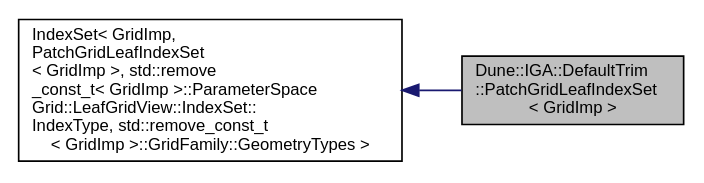
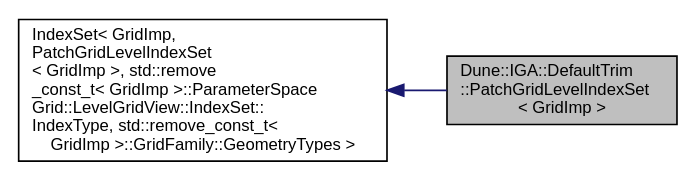
One commit to rath3t/dune-iga-doc changed the diagram in d5/d67/a01466.dot. Above: the diagram before and after it, drawn with Graphviz. The commit also changed 1366 other files, not shown here.

Commit message:
deploy: rath3t/dune-iga@969adfa9f2f619d4a726f631c2d194354445b194

```diff
--- a/d5/d67/a01466.dot
+++ b/d5/d67/a01466.dot
@@ -1,10 +1,10 @@
-digraph "Dune::IGA::DefaultTrim::PatchGridLeafIndexSet&lt; GridImp &gt;"
+digraph "Dune::IGA::DefaultTrim::PatchGridLevelIndexSet&lt; GridImp &gt;"
 {
  // LATEX_PDF_SIZE
   edge [fontname="Helvetica",fontsize="10",labelfontname="Helvetica",labelfontsize="10"];
   node [fontname="Helvetica",fontsize="10",shape=record];
   rankdir="LR";
-  Node1 [label="Dune::IGA::DefaultTrim\l::PatchGridLeafIndexSet\l\< GridImp \>",height=0.2,width=0.4,color="black", fillcolor="grey75", style="filled", fontcolor="black",tooltip=" "];
+  Node1 [label="Dune::IGA::DefaultTrim\l::PatchGridLevelIndexSet\l\< GridImp \>",height=0.2,width=0.4,color="black", fillcolor="grey75", style="filled", fontcolor="black",tooltip=" "];
   Node2 -> Node1 [dir="back",color="midnightblue",fontsize="10",style="solid",fontname="Helvetica"];
-  Node2 [label="IndexSet\< GridImp,\l PatchGridLeafIndexSet\l\< GridImp \>, std::remove\l_const_t\< GridImp \>::ParameterSpace\lGrid::LeafGridView::IndexSet::\lIndexType, std::remove_const_t\l\< GridImp \>::GridFamily::GeometryTypes \>",height=0.2,width=0.4,color="black", fillcolor="white", style="filled",tooltip=" "];
+  Node2 [label="IndexSet\< GridImp,\l PatchGridLevelIndexSet\l\< GridImp \>, std::remove\l_const_t\< GridImp \>::ParameterSpace\lGrid::LevelGridView::IndexSet::\lIndexType, std::remove_const_t\<\l GridImp \>::GridFamily::GeometryTypes \>",height=0.2,width=0.4,color="black", fillcolor="white", style="filled",tooltip=" "];
 }
```
